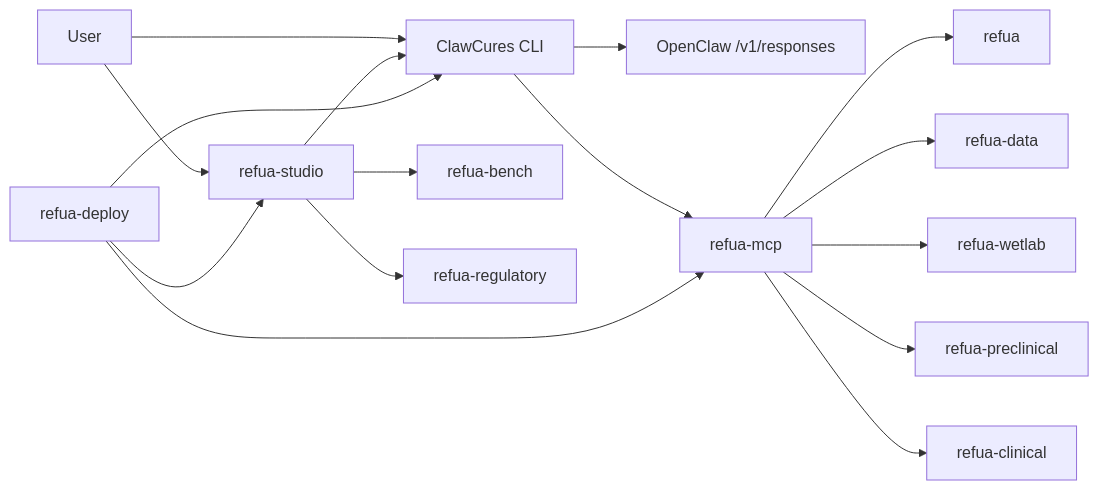
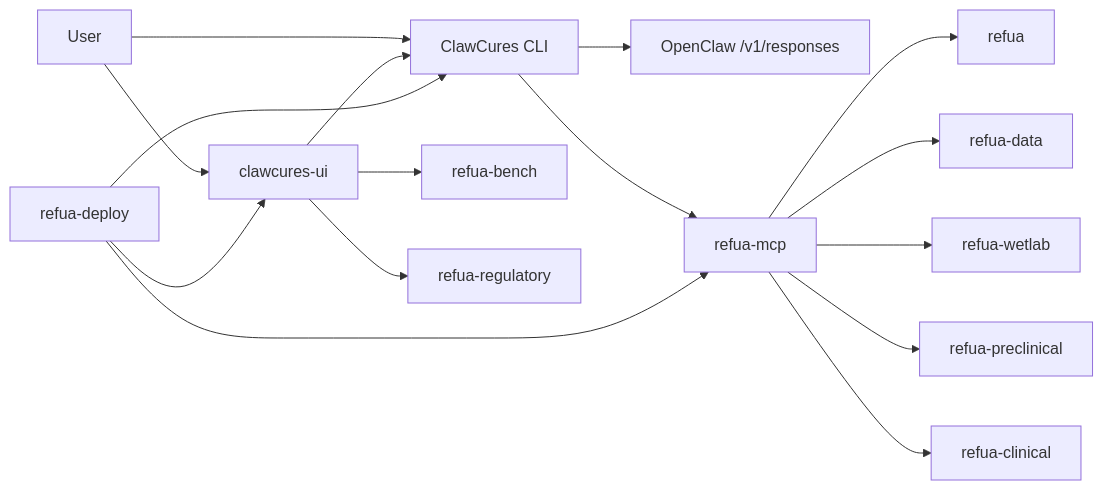
One commit to agentcures/.github changed the second of 3 diagrams in guidebook/chapter-02-platform-architecture.md. Above: the diagram before and after it, drawn with Mermaid. The commit also changed other lines of this file and 9 other files, not shown here.

````diff
--- a/guidebook/chapter-02-platform-architecture.md
+++ b/guidebook/chapter-02-platform-architecture.md
@@ -45,22 +45,22 @@
 ```mermaid
 flowchart LR
-    U[User] --> S[refua-studio]
+    U[User] --> S[clawcures-ui]
     U --> C[ClawCures CLI]
 
     S --> C
     C --> O[OpenClaw /v1/responses]
     C --> M[refua-mcp]
 
     M --> R[refua]
     M --> D[refua-data]
     M --> W[refua-wetlab]
     M --> P[refua-preclinical]
     M --> L[refua-clinical]
 
     S --> B[refua-bench]
     S --> G[refua-regulatory]
 
     X[refua-deploy] --> S
     X --> C
     X --> M
 ```
````
